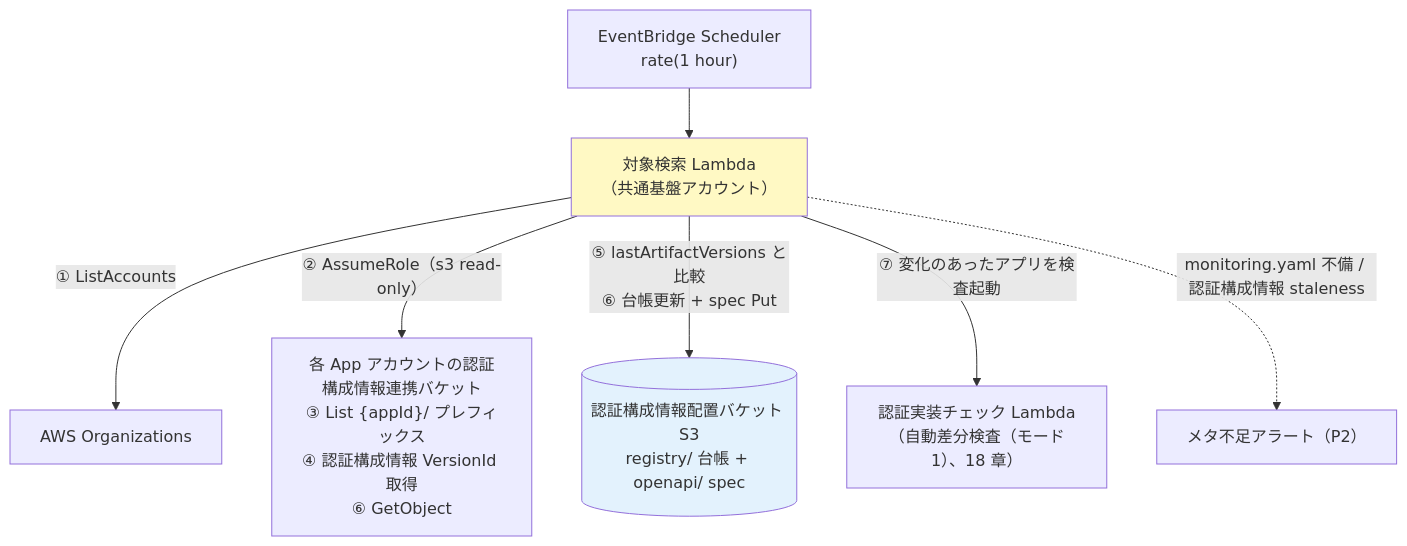
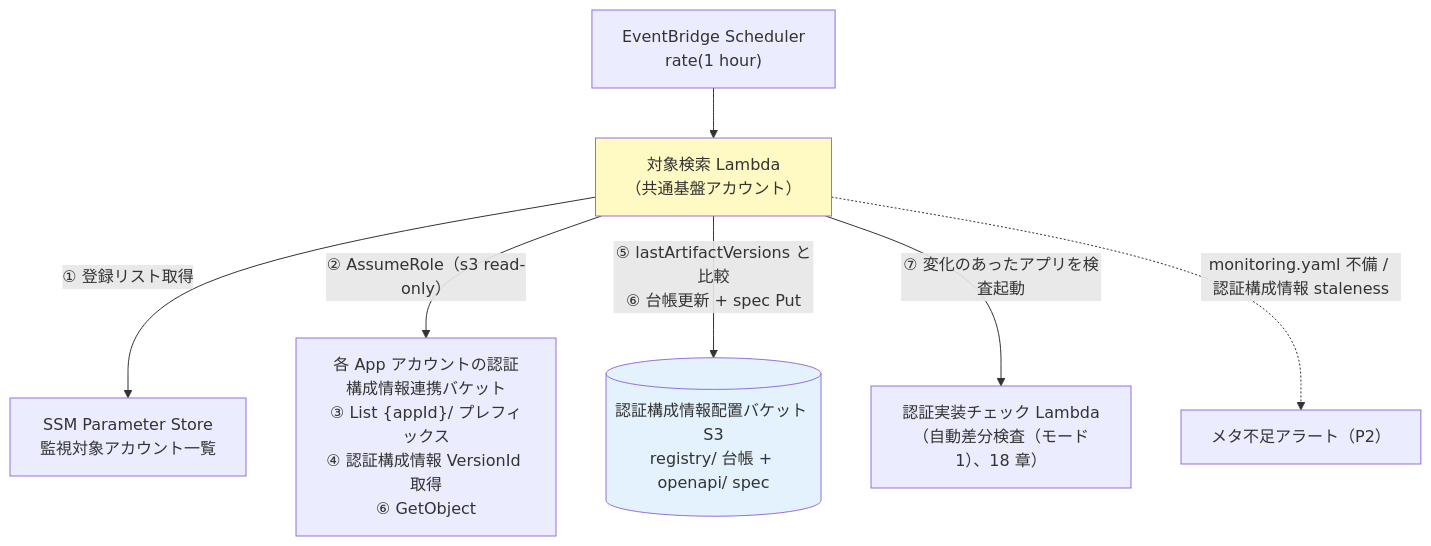
One commit to suepie/aws-atuh-poc changed the first of 2 diagrams in doc/api-platform/basic-design/17-deployment-integration-and-registration.md. Above: the diagram before and after it, drawn with Mermaid. The commit also changed other lines of this file and 7 other files, not shown here.

````diff
--- a/doc/api-platform/basic-design/17-deployment-integration-and-registration.md
+++ b/doc/api-platform/basic-design/17-deployment-integration-and-registration.md
@@ -54,11 +56,11 @@
 ```mermaid
 flowchart TB
     SCH["EventBridge Scheduler<br/>rate(1 hour)"] --> DISC["対象検索 Lambda<br/>（共通基盤アカウント）"]
-    DISC -->|"① ListAccounts"| ORG["AWS Organizations"]
+    DISC -->|"① 登録リスト取得"| ORG["SSM Parameter Store<br/>監視対象アカウント一覧"]
     DISC -->|"② AssumeRole（s3 read-only）"| ART["各 App アカウントの認証構成情報連携バケット<br/>③ List {appId}/ プレフィックス<br/>④ 認証構成情報 VersionId 取得<br/>⑥ GetObject"]
     DISC -->|"⑤ lastArtifactVersions と比較<br/>⑥ 台帳更新 + spec Put"| REG[("認証構成情報配置バケット S3<br/>registry/ 台帳 + openapi/ spec")]
     DISC -->|"⑦ 変化のあったアプリを検査起動"| PROBE["認証実装チェック Lambda<br/>（自動差分検査（モード1）、18 章）"]
     DISC -.->|"monitoring.yaml 不備 / 認証構成情報 staleness"| ALERT["メタ不足アラート（P2）"]
     style DISC fill:#fff9c4
     style REG fill:#e3f2fd
 ```
````
